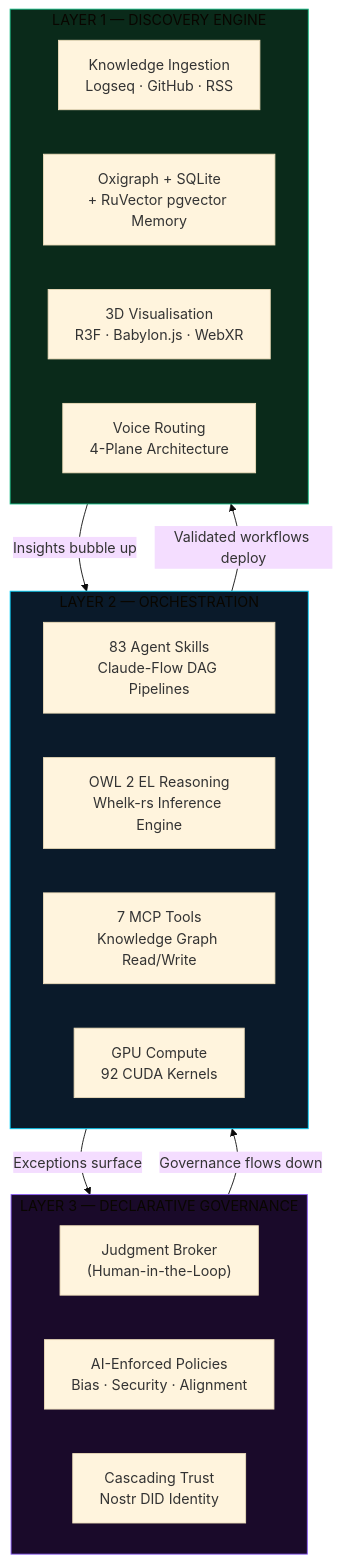
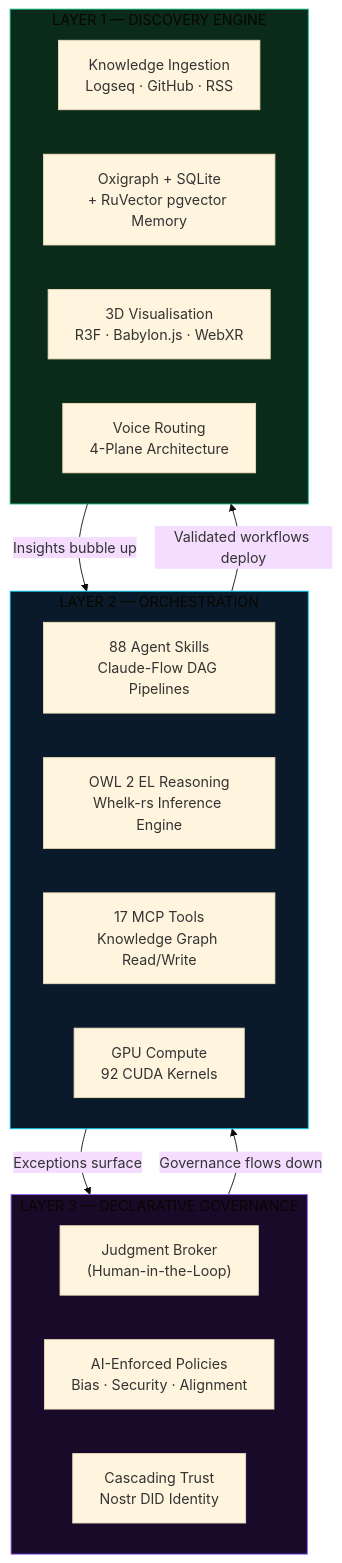
Before and after one commit to shaneholloman/logseq-spring-thing: the first of 4 diagrams in README.md, drawn with Mermaid (base theme). The commit also changed other lines of this file and 2 other files, not shown here.

First line of the commit message:
docs: surface agentbox ontology bridge + setup wizard in VisionFlow docs

````diff
--- a/README.md
+++ b/README.md
@@ -121,31 +121,31 @@
 ```mermaid
 flowchart TB
     subgraph Layer3["LAYER 3 — DECLARATIVE GOVERNANCE"]
         JB["Judgment Broker\n(Human-in-the-Loop)"]
         Policy["AI-Enforced Policies\nBias · Security · Alignment"]
         Trust["Cascading Trust\nNostr DID Identity"]
     end
 
     subgraph Layer2["LAYER 2 — ORCHESTRATION"]
-        Skills["83 Agent Skills\nClaude-Flow DAG Pipelines"]
+        Skills["88 Agent Skills\nClaude-Flow DAG Pipelines"]
         Ontology["OWL 2 EL Reasoning\nWhelk-rs Inference Engine"]
-        MCP["7 MCP Tools\nKnowledge Graph Read/Write"]
+        MCP["17 MCP Tools\nKnowledge Graph Read/Write"]
         GPU["GPU Compute\n92 CUDA Kernels"]
     end
 
     subgraph Layer1["LAYER 1 — DISCOVERY ENGINE"]
         Ingest["Knowledge Ingestion\nLogseq · GitHub · RSS"]
         Graph["Oxigraph + SQLite\n+ RuVector pgvector Memory"]
         Viz["3D Visualisation\nR3F · Babylon.js · WebXR"]
         Voice["Voice Routing\n4-Plane Architecture"]
     end
 
     Layer1 -->|"Insights bubble up"| Layer2
     Layer2 -->|"Exceptions surface"| Layer3
     Layer3 -->|"Governance flows down"| Layer2
     Layer2 -->|"Validated workflows deploy"| Layer1
 
     style Layer3 fill:#1A0A2A,stroke:#8B5CF6
     style Layer2 fill:#0A1A2A,stroke:#00D4FF
     style Layer1 fill:#0A2A1A,stroke:#10B981
 ```
````
